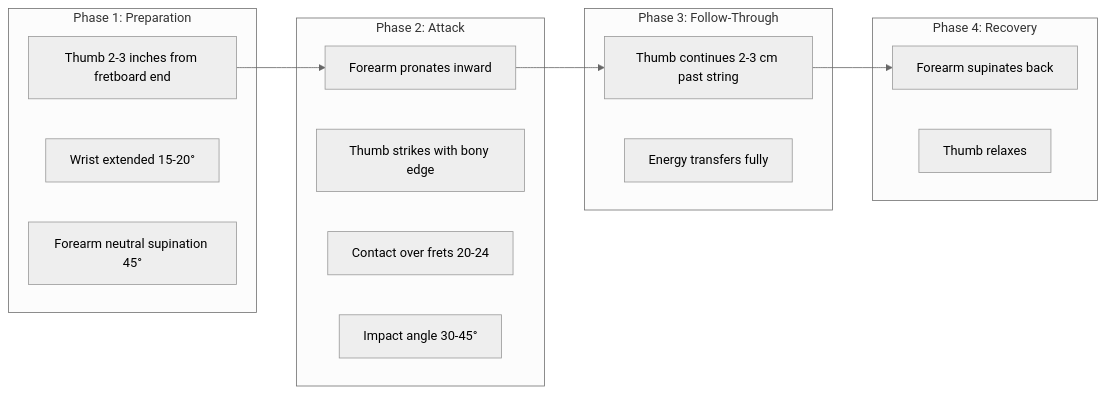
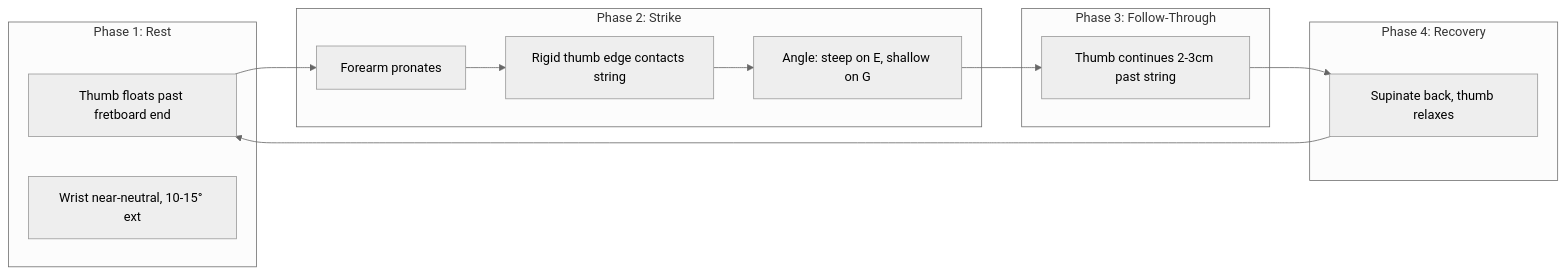
Before and after one commit to blebleblee/synapse: the first of 2 diagrams in topics/arts/music_performance/bass_guitar/lesson_04_slap_pops_and_percussive_phrasing.md, drawn with Mermaid (neutral theme). The commit also changed other lines of this file and 4 other files, not shown here.

````diff
--- a/topics/arts/music_performance/bass_guitar/lesson_04_slap_pops_and_percussive_phrasing.md
+++ b/topics/arts/music_performance/bass_guitar/lesson_04_slap_pops_and_percussive_phrasing.md
@@ -40,29 +32,19 @@
 ```mermaid
 graph LR
-    subgraph sub_prep ["Phase 1: Preparation"]
-        A[Thumb 2-3 inches from fretboard end]
-        B[Wrist extended 15-20°]
-        C[Forearm neutral supination 45°]
+    subgraph sub_prep ["Phase 1: Rest"]
+        A["Thumb floats past fretboard end"]
+        B["Wrist near-neutral, 10-15° ext"]
     end
-    
-    subgraph sub_attack ["Phase 2: Attack"]
-        D[Forearm pronates inward]
-        E[Thumb strikes with bony edge]
-        F[Contact over frets 20-24]
-        G[Impact angle 30-45°]
+    subgraph sub_attack ["Phase 2: Strike"]
+        C["Forearm pronates"]
+        D["Rigid thumb edge contacts string"]
+        E["Angle: steep on E, shallow on G"]
     end
-    
     subgraph sub_follow ["Phase 3: Follow-Through"]
-        H[Thumb continues 2-3 cm past string]
-        I[Energy transfers fully]
+        F["Thumb continues 2-3cm past string"]
     end
-    
     subgraph sub_recover ["Phase 4: Recovery"]
-        J[Forearm supinates back]
-        K[Thumb relaxes]
+        G["Supinate back, thumb relaxes"]
     end
-    
-    A --> D
-    D --> H
-    H --> J
+    A --> C --> D --> E --> F --> G --> A
 ```
````
